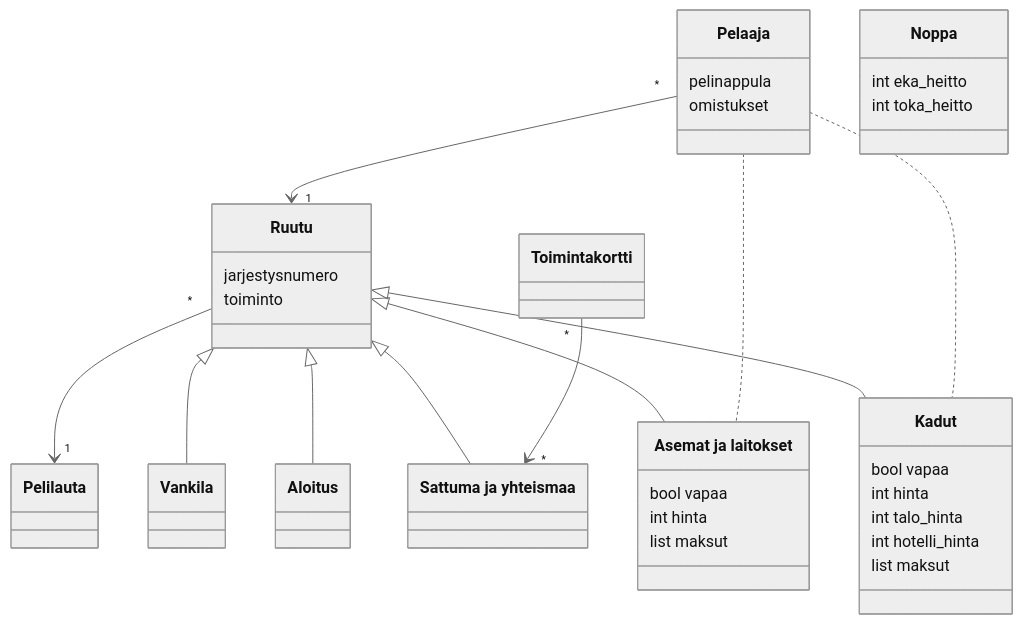
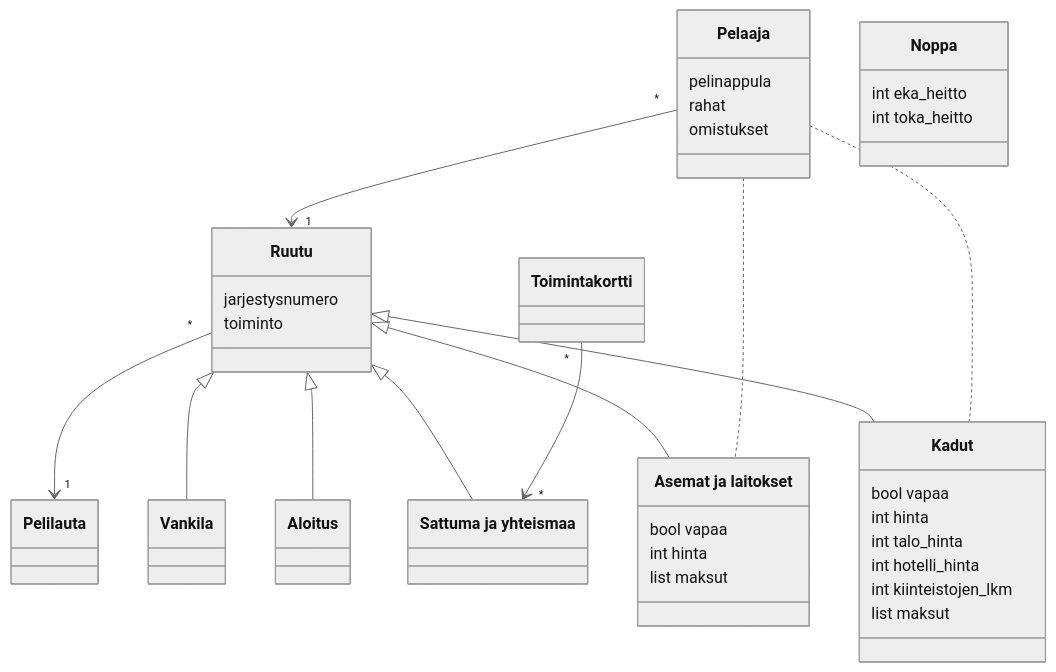
The diagram in laskarit/viikko3/luokkakaavio_monopoli.md (VilleJuhan1/ot-harjoitustyo), drawn with Mermaid (neutral theme) before and after one commit.

Commit message:
Kiinteistöjen lkm kaduilla, pelaajan rahat

````diff
--- a/laskarit/viikko3/luokkakaavio_monopoli.md
+++ b/laskarit/viikko3/luokkakaavio_monopoli.md
@@ -3,45 +3,47 @@
 ```mermaid
 classDiagram
 
 %% Alustetaan luokat ja niiden suhteet
     Ruutu "*" --> "1" Pelilauta
     Pelaaja "*" --> "1" Ruutu
     Ruutu <|-- Vankila
     Ruutu <|-- Aloitus
     Ruutu <|-- `Sattuma ja yhteismaa`
     Ruutu <|-- `Asemat ja laitokset`
     Ruutu <|-- Kadut
     Toimintakortti "*" --> "*" `Sattuma ja yhteismaa`
     Pelaaja .. Kadut
     Pelaaja .. `Asemat ja laitokset`
 
 %% Määritetään yläluokkien ominaisuudet
     class Pelilauta{
     }
     class Ruutu{
         jarjestysnumero
         toiminto
     }
     class Pelaaja{
         pelinappula
+        rahat
         omistukset
     }
     class Noppa{
         int eka_heitto
         int toka_heitto
     }
 
 %% Määritetään perittyjen luokkien ominaisuudet
     class `Asemat ja laitokset`{
         bool vapaa
         int hinta
         list maksut
     }
     class `Kadut`{
         bool vapaa
         int hinta
         int talo_hinta
         int hotelli_hinta
+        int kiinteistojen_lkm
         list maksut
     }
 ```    
````
